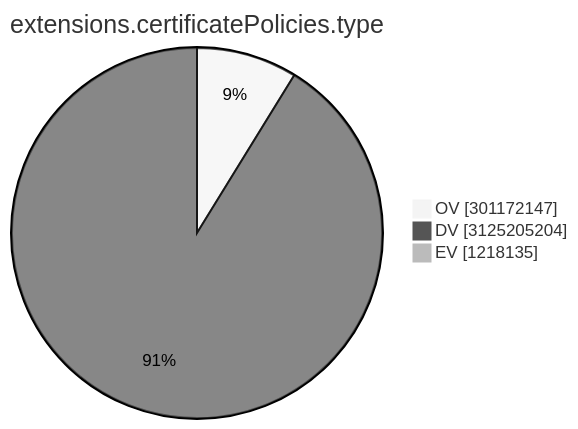
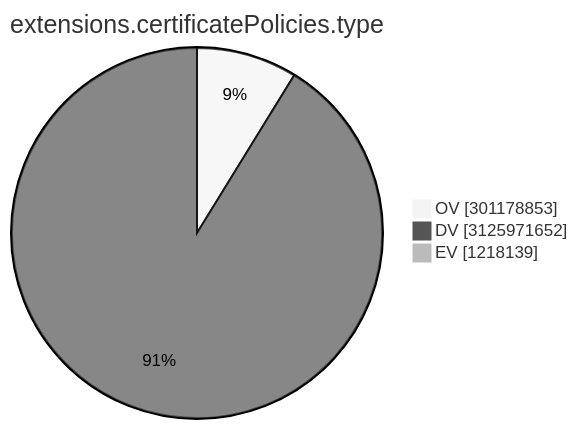
Before and after one commit to christiankrug/ctmonitor_visualization: the ninth of 15 diagrams in TOTAL/README.md, drawn with Mermaid (neutral theme). The commit also changed other lines of this file, not shown here.

````diff
--- a/TOTAL/README.md
+++ b/TOTAL/README.md
@@ -3104,7 +3104,7 @@
 ```mermaid
 pie showData
 title extensions.certificatePolicies.type
-"OV" :301172147
-"DV" :3125205204
-"EV" :1218135
+"OV" :301178853
+"DV" :3125971652
+"EV" :1218139
 ```
````
